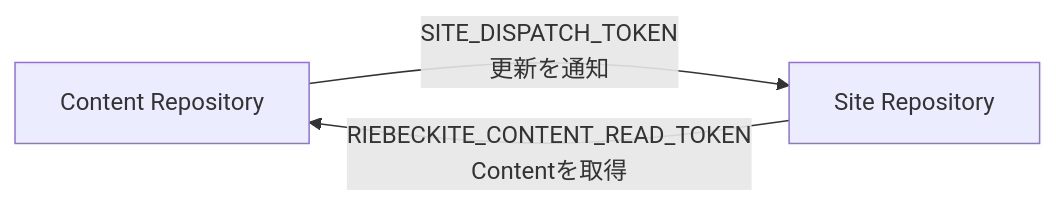
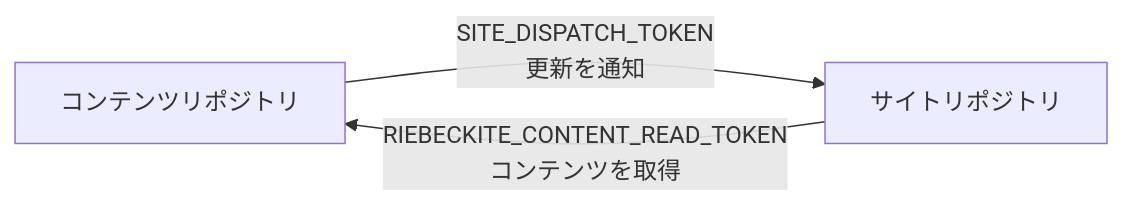
The tenth of 11 diagrams in docs/docs/guides/deployment/github-actions.ja.md (Rerurate514/riebeckite), drawn with Mermaid before and after one commit. The commit also changed other lines of this file and 310 other files, not shown here.

````diff
--- a/docs/docs/guides/deployment/github-actions.ja.md
+++ b/docs/docs/guides/deployment/github-actions.ja.md
@@ -645,8 +576,8 @@
 ```mermaid id="z6g3xm"
 flowchart LR
-    Content["Content Repository"]
-    Site["Site Repository"]
+    Content["コンテンツリポジトリ"]
+    Site["サイトリポジトリ"]
 
     Content -->|"SITE_DISPATCH_TOKEN<br/>更新を通知"| Site
-    Site -->|"RIEBECKITE_CONTENT_READ_TOKEN<br/>Contentを取得"| Content
+    Site -->|"RIEBECKITE_CONTENT_READ_TOKEN<br/>コンテンツを取得"| Content
 ```
````
